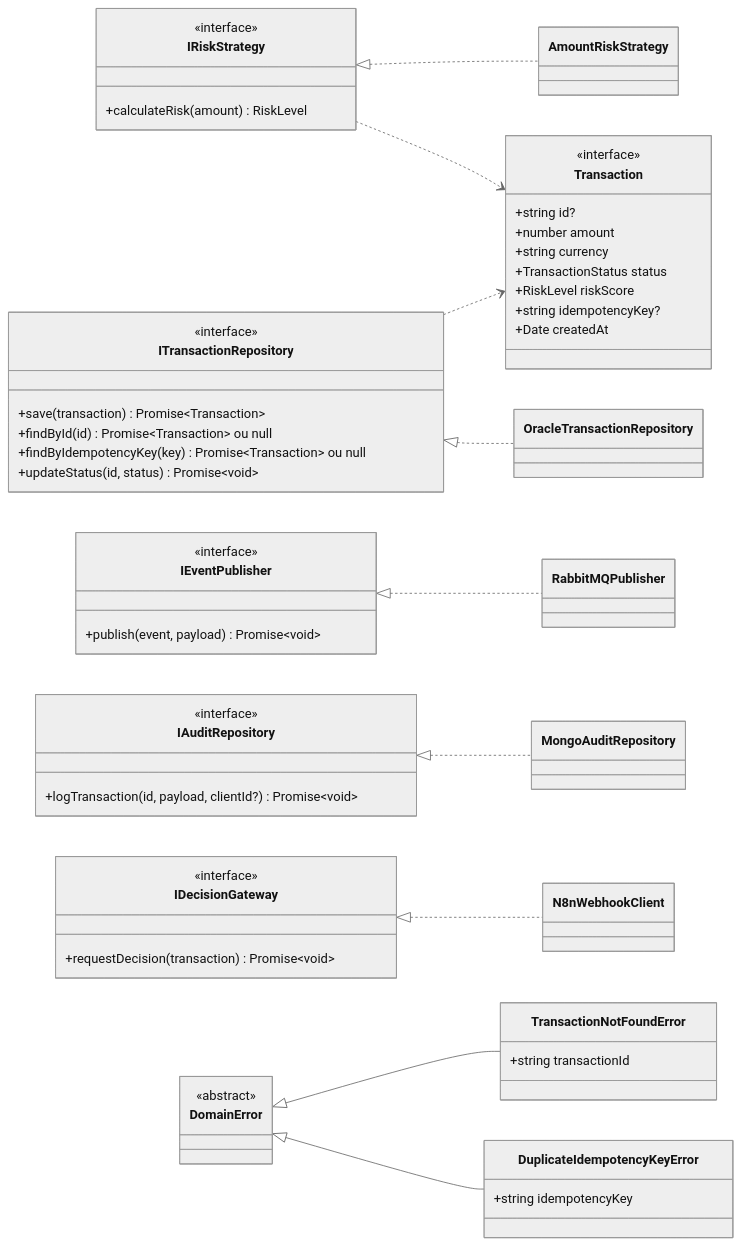
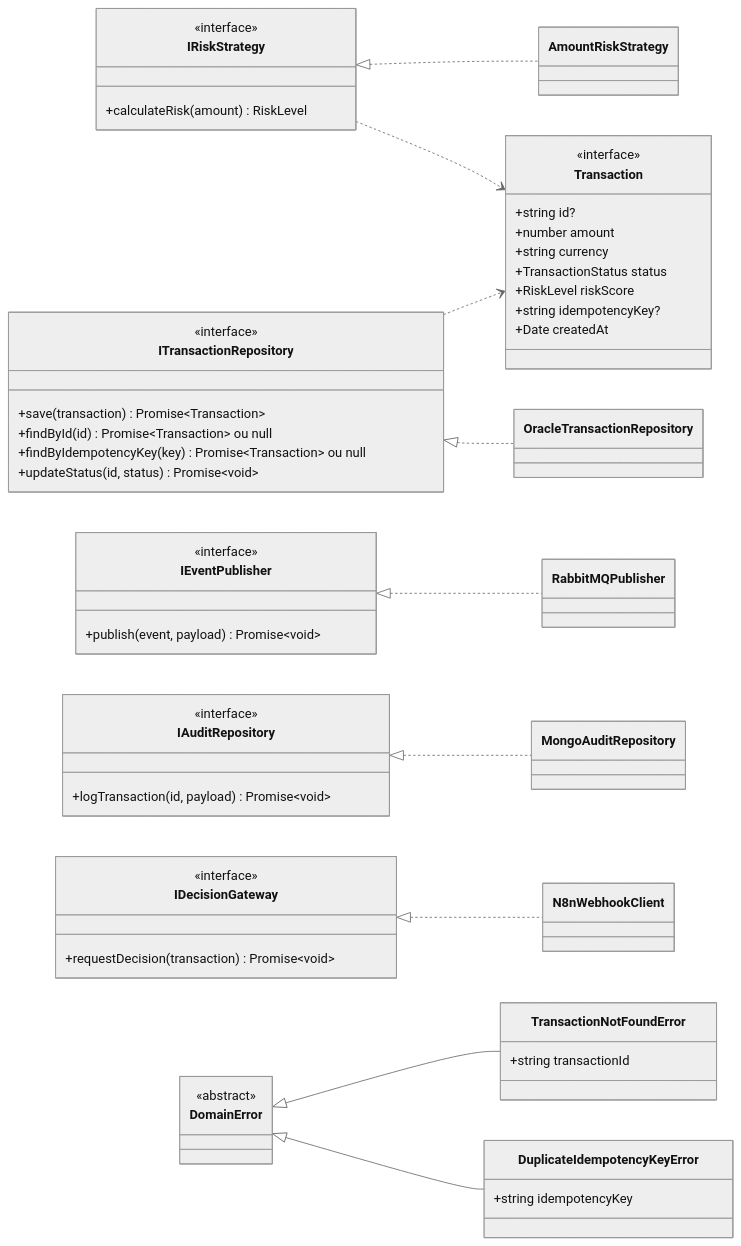
Before and after one commit to jvcamargoalmeida/poc-decision-backend: the third of 8 diagrams in ARCHITECTURE.md, drawn with Mermaid (neutral theme). The commit also changed other lines of this file and 18 other files, not shown here.

````diff
--- a/ARCHITECTURE.md
+++ b/ARCHITECTURE.md
@@ -137,66 +137,66 @@
 ```mermaid
 classDiagram
     direction LR
 
     class Transaction {
         <<interface>>
         +string id?
         +number amount
         +string currency
         +TransactionStatus status
         +RiskLevel riskScore
         +string idempotencyKey?
         +Date createdAt
     }
 
     class IRiskStrategy {
         <<interface>>
         +calculateRisk(amount) RiskLevel
     }
     class ITransactionRepository {
         <<interface>>
         +save(transaction) Promise~Transaction~
         +findById(id) Promise~Transaction~ ou null
         +findByIdempotencyKey(key) Promise~Transaction~ ou null
         +updateStatus(id, status) Promise~void~
     }
     class IEventPublisher {
         <<interface>>
         +publish(event, payload) Promise~void~
     }
     class IAuditRepository {
         <<interface>>
-        +logTransaction(id, payload, clientId?) Promise~void~
+        +logTransaction(id, payload) Promise~void~
     }
     class IDecisionGateway {
         <<interface>>
         +requestDecision(transaction) Promise~void~
     }
 
     class AmountRiskStrategy
     class OracleTransactionRepository
     class RabbitMQPublisher
     class MongoAuditRepository
     class N8nWebhookClient
 
     class DomainError {
         <<abstract>>
     }
     class TransactionNotFoundError {
         +string transactionId
     }
     class DuplicateIdempotencyKeyError {
         +string idempotencyKey
     }
 
     IRiskStrategy <|.. AmountRiskStrategy
     ITransactionRepository <|.. OracleTransactionRepository
     IEventPublisher <|.. RabbitMQPublisher
     IAuditRepository <|.. MongoAuditRepository
     IDecisionGateway <|.. N8nWebhookClient
     DomainError <|-- TransactionNotFoundError
     DomainError <|-- DuplicateIdempotencyKeyError
 
     ITransactionRepository ..> Transaction
     IRiskStrategy ..> Transaction
 ```
````
